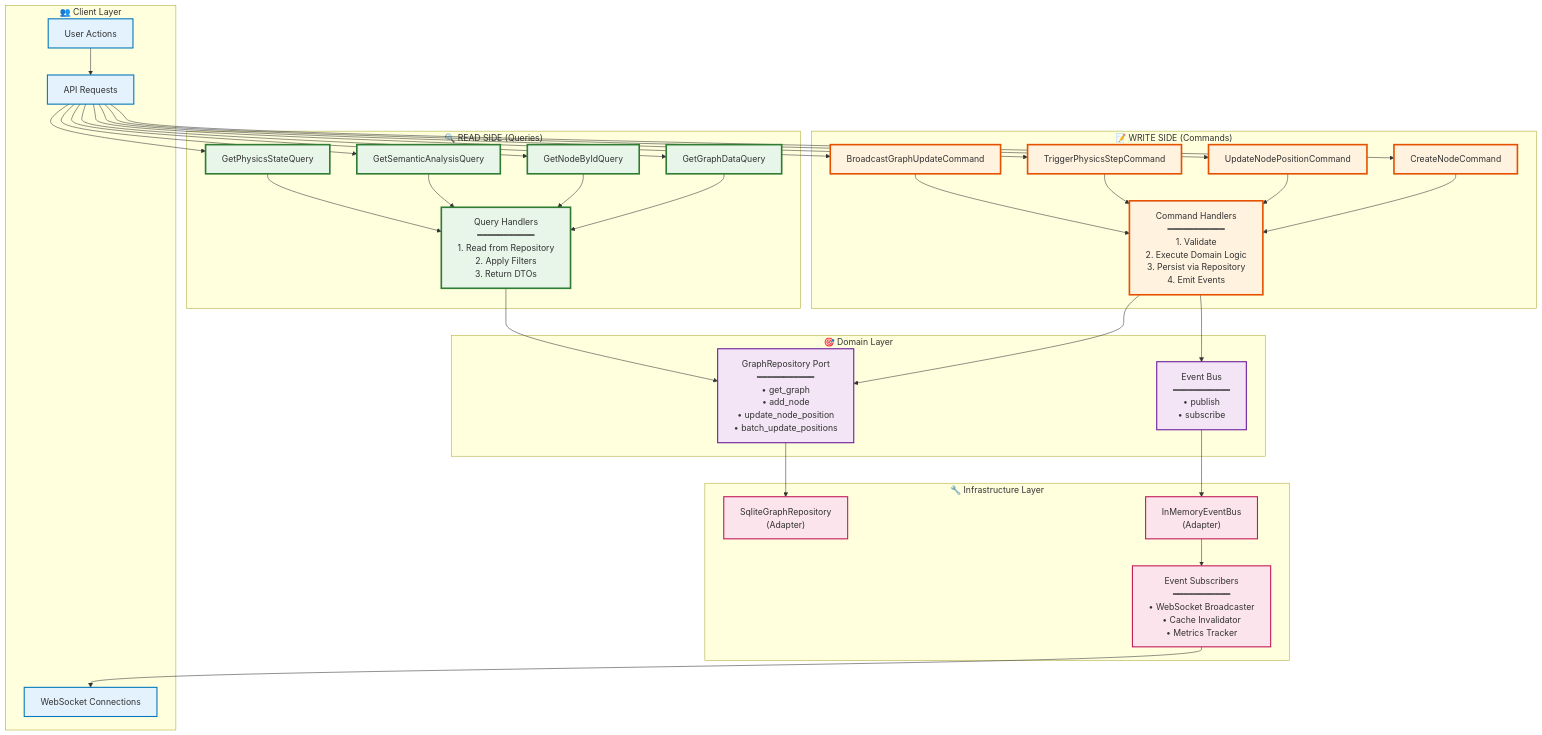
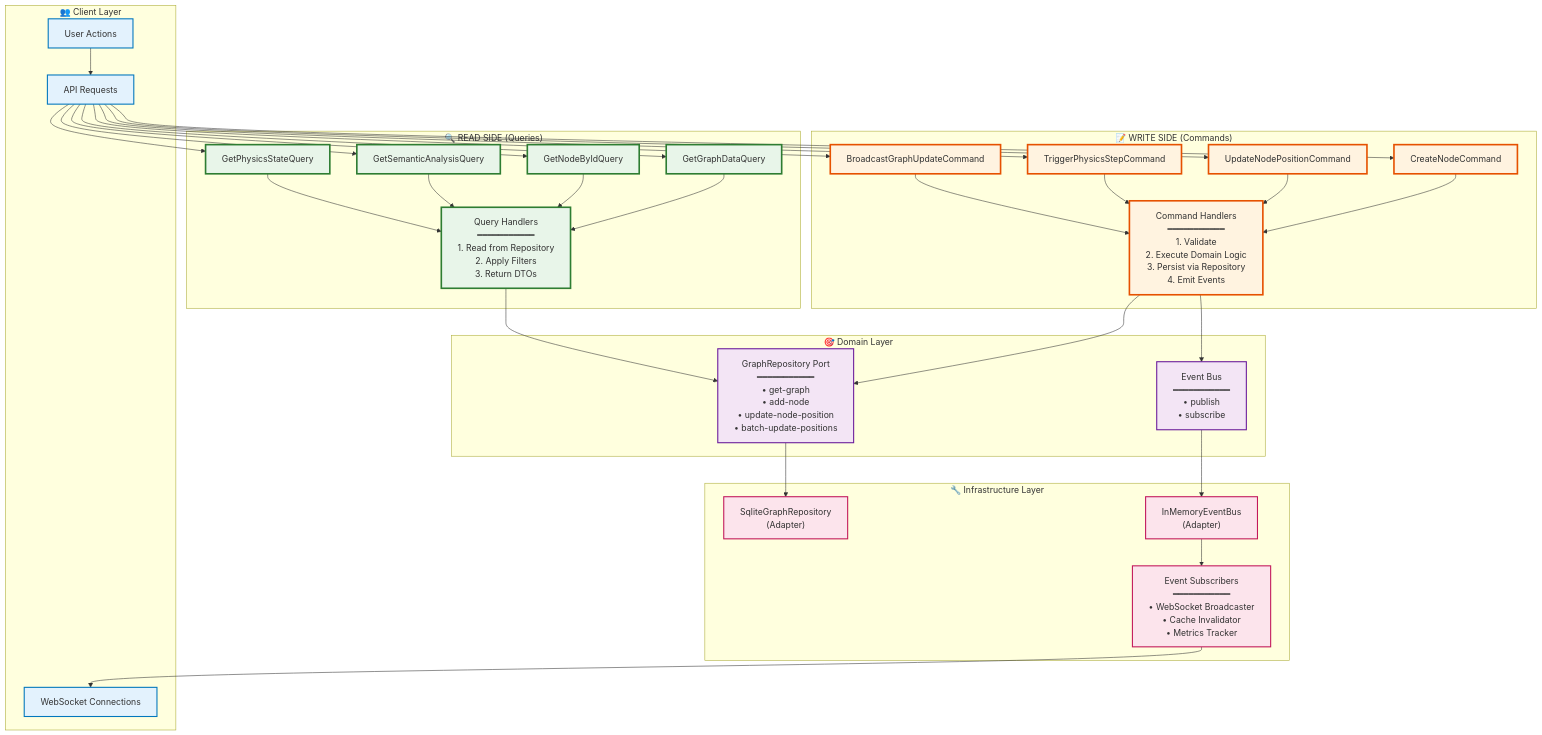
One commit to DreamLab-AI/VisionFlow changed the fourth of 12 diagrams in docs/concepts/architecture/hexagonal-cqrs-architecture.md. Above: the diagram before and after it, drawn with Mermaid. The commit also changed other lines of this file and 184 other files, not shown here.

````diff
--- a/docs/concepts/architecture/hexagonal-cqrs-architecture.md
+++ b/docs/concepts/architecture/hexagonal-cqrs-architecture.md
@@ -248,68 +248,68 @@
 ```mermaid
 graph TB
     subgraph Client["👥 Client Layer"]
         USER["User Actions"]
         API["API Requests"]
         WS["WebSocket Connections"]
     end
 
     subgraph WriteSide["📝 WRITE SIDE (Commands)"]
         CMD1["CreateNodeCommand"]
         CMD2["UpdateNodePositionCommand"]
         CMD3["TriggerPhysicsStepCommand"]
         CMD4["BroadcastGraphUpdateCommand"]
 
         CMDH["Command Handlers<br/>━━━━━━━━━━━<br/>1. Validate<br/>2. Execute Domain Logic<br/>3. Persist via Repository<br/>4. Emit Events"]
     end
 
     subgraph ReadSide["🔍 READ SIDE (Queries)"]
         QRY1["GetGraphDataQuery"]
         QRY2["GetNodeByIdQuery"]
         QRY3["GetSemanticAnalysisQuery"]
         QRY4["GetPhysicsStateQuery"]
 
         QRYH["Query Handlers<br/>━━━━━━━━━━━<br/>1. Read from Repository<br/>2. Apply Filters<br/>3. Return DTOs"]
     end
 
     subgraph Domain["🎯 Domain Layer"]
-        REPO["GraphRepository Port<br/>━━━━━━━━━━━<br/>• get_graph<br/>• add_node<br/>• update_node_position<br/>• batch_update_positions"]
+        REPO["GraphRepository Port<br/>━━━━━━━━━━━<br/>• get-graph<br/>• add-node<br/>• update-node-position<br/>• batch-update-positions"]
 
         EVENTS["Event Bus<br/>━━━━━━━━━━━<br/>• publish<br/>• subscribe"]
     end
 
     subgraph Infrastructure["🔧 Infrastructure Layer"]
         SQLITE["SqliteGraphRepository<br/>(Adapter)"]
         EVENTSTORE["InMemoryEventBus<br/>(Adapter)"]
 
         SUBSCRIBERS["Event Subscribers<br/>━━━━━━━━━━━<br/>• WebSocket Broadcaster<br/>• Cache Invalidator<br/>• Metrics Tracker"]
     end
 
     USER --> API
     API --> CMD1 & CMD2 & CMD3 & CMD4
     API --> QRY1 & QRY2 & QRY3 & QRY4
 
     CMD1 & CMD2 & CMD3 & CMD4 --> CMDH
     QRY1 & QRY2 & QRY3 & QRY4 --> QRYH
 
     CMDH --> REPO
     CMDH --> EVENTS
     QRYH --> REPO
 
     REPO --> SQLITE
     EVENTS --> EVENTSTORE
     EVENTSTORE --> SUBSCRIBERS
 
     SUBSCRIBERS --> WS
 
     classDef clientLayer fill:#e3f2fd,stroke:#0277bd,stroke-width:2px
     classDef writeLayer fill:#fff3e0,stroke:#e65100,stroke-width:3px
     classDef readLayer fill:#e8f5e9,stroke:#2e7d32,stroke-width:3px
     classDef domainLayer fill:#f3e5f5,stroke:#6a1b9a,stroke-width:2px
     classDef infraLayer fill:#fce4ec,stroke:#c2185b,stroke-width:2px
 
     class USER,API,WS clientLayer
     class CMD1,CMD2,CMD3,CMD4,CMDH writeLayer
     class QRY1,QRY2,QRY3,QRY4,QRYH readLayer
     class REPO,EVENTS domainLayer
     class SQLITE,EVENTSTORE,SUBSCRIBERS infraLayer
 ```
````
